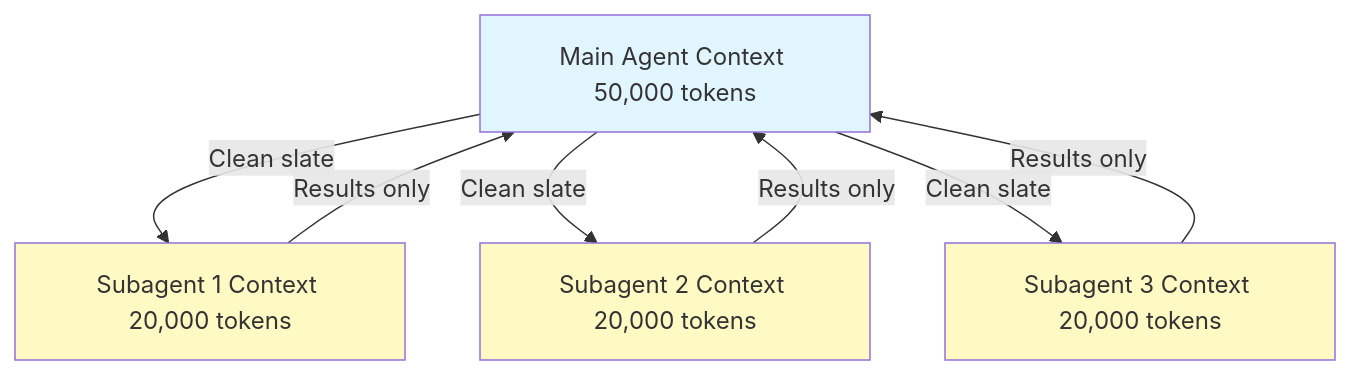
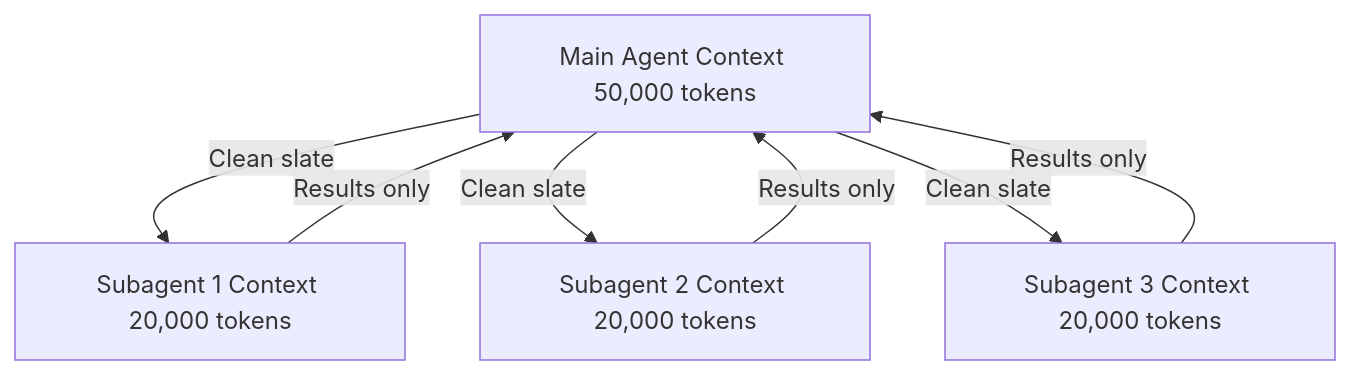
The sixth of 7 diagrams in claude-howto-zh/04-subagents/README.md (Rx782-Fss/claude-howto-zh), drawn with Mermaid before and after one commit. The commit also changed other lines of this file and 9 other files, not shown here.

Commit message:
fix: 清除 Mermaid style 行(105处)和节点标签数字列表格式(17处)，修复 Obsidian/GitHub 'Unsupported markdown: list' 渲染错误

````diff
--- a/claude-howto-zh/04-subagents/README.md
+++ b/claude-howto-zh/04-subagents/README.md
@@ -785,20 +770,16 @@
 ```mermaid
 graph TB
     A["Main Agent Context 50,000 tokens"]
     B["Subagent 1 Context 20,000 tokens"]
     C["Subagent 2 Context 20,000 tokens"]
     D["Subagent 3 Context 20,000 tokens"]
 
     A -->|Clean slate| B
     A -->|Clean slate| C
     A -->|Clean slate| D
 
     B -->|Results only| A
     C -->|Results only| A
     D -->|Results only| A
 
-    style A fill:#e1f5fe
-    style B fill:#fff9c4
-    style C fill:#fff9c4
-    style D fill:#fff9c4
 ```
````
